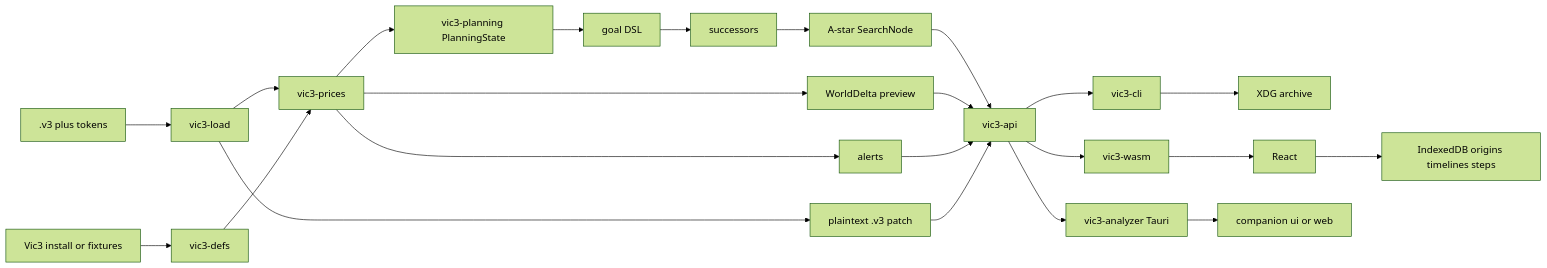
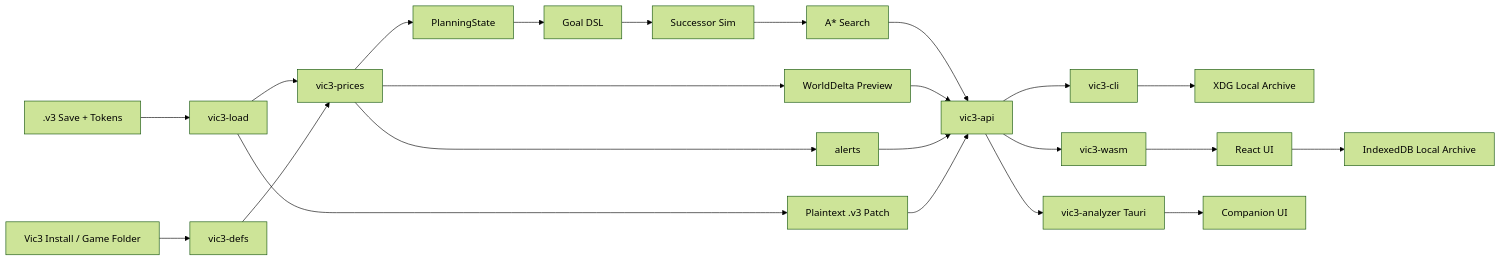
Before and after one commit to jmalicki/vic3-analyzer: the diagram in docs/architecture.md, drawn with Mermaid (forest theme). The commit also changed other lines of this file and 12 other files, not shown here.

````diff
--- a/docs/architecture.md
+++ b/docs/architecture.md
@@ -35,25 +30,25 @@
 ```mermaid
 flowchart LR
-  save[".v3 plus tokens"] --> load[vic3-load]
-  game[Vic3 install or fixtures] --> defs[vic3-defs]
+  save[".v3 Save + Tokens"] --> load[vic3-load]
+  game["Vic3 Install / Game Folder"] --> defs[vic3-defs]
   load --> prices[vic3-prices]
   defs --> prices
   prices --> alerts[alerts]
-  prices --> preview[WorldDelta preview]
-  prices --> world[vic3-planning PlanningState]
-  world --> goals[goal DSL]
-  goals --> sim[successors]
-  sim --> plan[A-star SearchNode]
+  prices --> preview[WorldDelta Preview]
+  prices --> world[PlanningState]
+  world --> goals[Goal DSL]
+  goals --> sim[Successor Sim]
+  sim --> plan[A* Search]
   plan --> api[vic3-api]
   preview --> api
   alerts --> api
-  load --> export[plaintext .v3 patch]
+  load --> export[Plaintext .v3 Patch]
   export --> api
   api --> cli[vic3-cli]
   api --> wasm[vic3-wasm]
   api --> desktop[vic3-analyzer Tauri]
-  cli --> xdg[XDG archive]
-  wasm --> ui[React]
-  desktop --> uiShell[companion ui or web]
-  ui --> idb[IndexedDB origins timelines steps]
+  cli --> xdg[XDG Local Archive]
+  wasm --> ui[React UI]
+  desktop --> uiShell[Companion UI]
+  ui --> idb[IndexedDB Local Archive]
 ```
````
